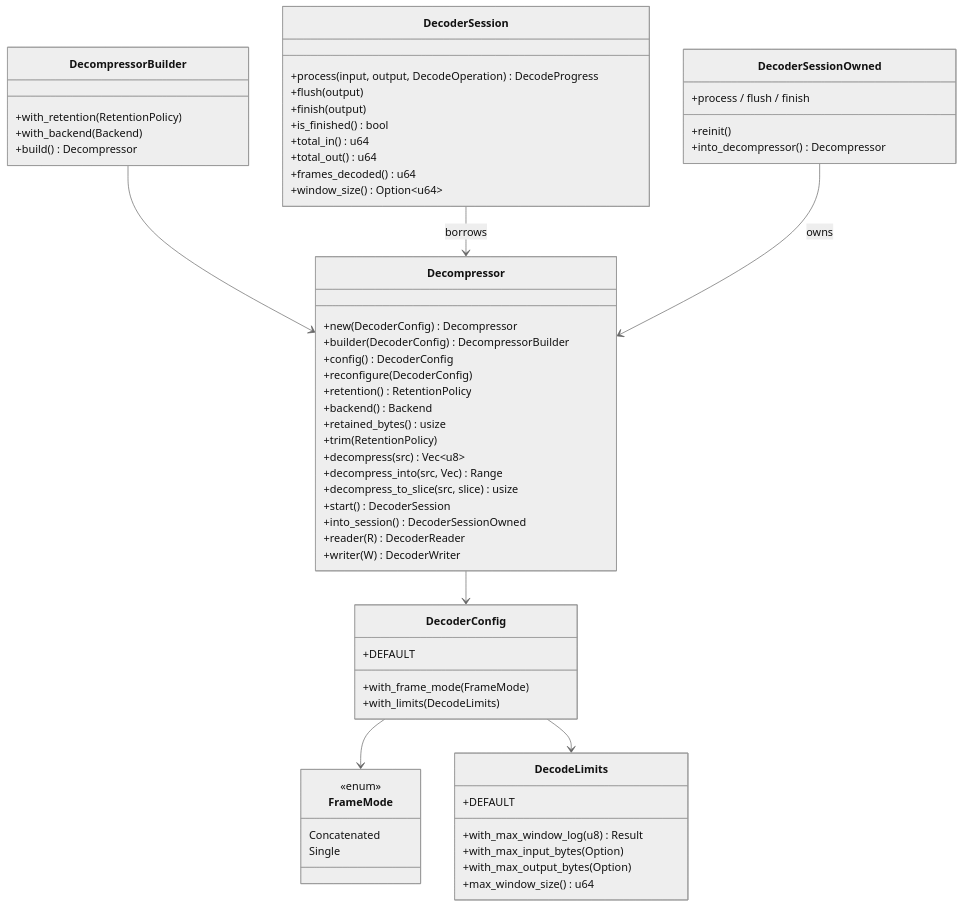
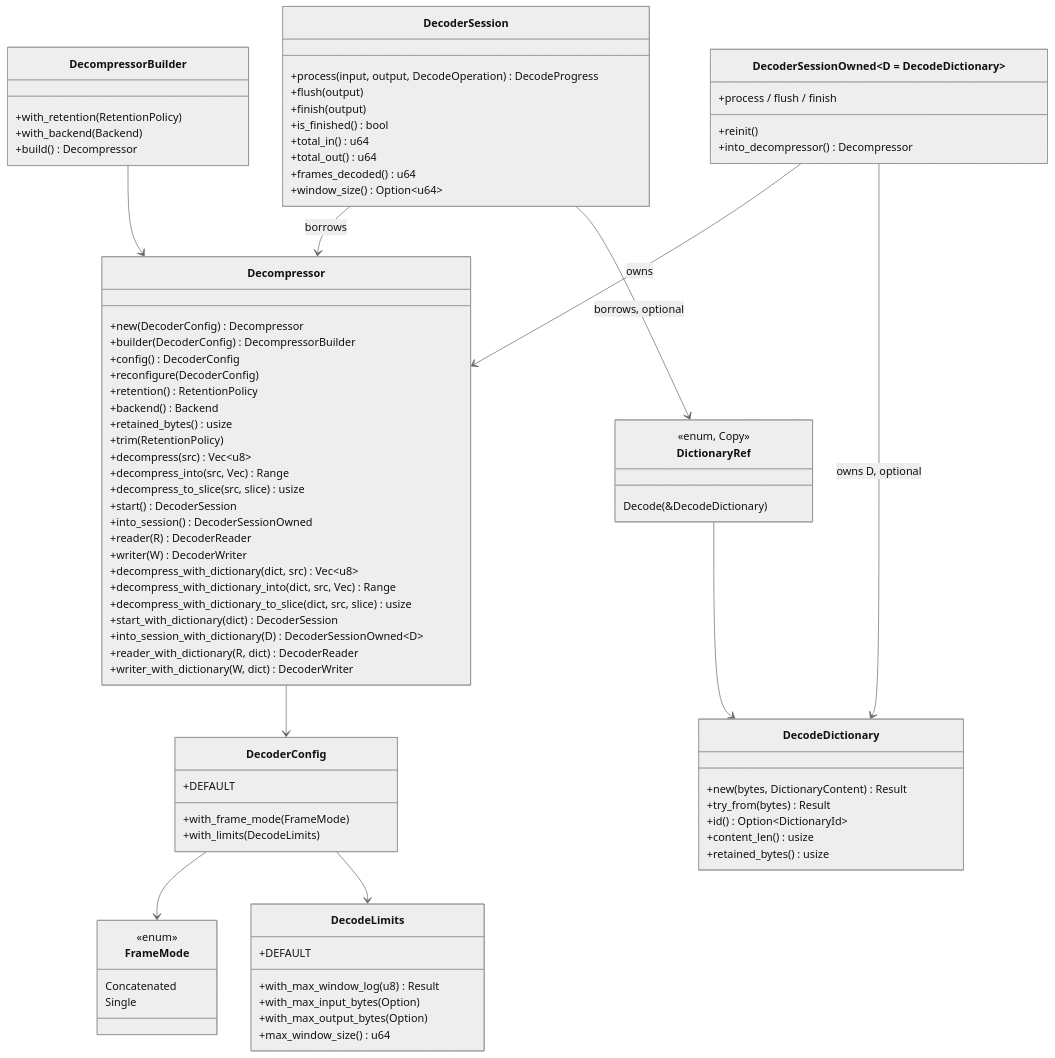
The second of 9 diagrams in architecture/decompressor.md (M-Compressors/mzstd), drawn with Mermaid (neutral theme) before and after one commit. The commit also changed other lines of this file and 106 other files, not shown here.

````diff
--- a/architecture/decompressor.md
+++ b/architecture/decompressor.md
@@ -74,6 +78,24 @@
         +into_session() DecoderSessionOwned
         +reader(R) DecoderReader
         +writer(W) DecoderWriter
+        +decompress_with_dictionary(dict, src) Vec~u8~
+        +decompress_with_dictionary_into(dict, src, Vec) Range
+        +decompress_with_dictionary_to_slice(dict, src, slice) usize
+        +start_with_dictionary(dict) DecoderSession
+        +into_session_with_dictionary(D) DecoderSessionOwned~D~
+        +reader_with_dictionary(R, dict) DecoderReader
+        +writer_with_dictionary(W, dict) DecoderWriter
+    }
+    class DecodeDictionary {
+        +new(bytes, DictionaryContent) Result
+        +try_from(bytes) Result
+        +id() Option~DictionaryId~
+        +content_len() usize
+        +retained_bytes() usize
+    }
+    class DictionaryRef {
+        <<enum, Copy>>
+        Decode(&DecodeDictionary)
     }
     class DecompressorBuilder {
         +with_retention(RetentionPolicy)
@@ -107,7 +129,7 @@
         +frames_decoded() u64
         +window_size() Option~u64~
     }
-    class DecoderSessionOwned {
+    class DecoderSessionOwned~D = DecodeDictionary~ {
         +process / flush / finish
         +reinit()
         +into_decompressor() Decompressor
@@ -117,5 +139,8 @@
     DecoderConfig --> DecodeLimits
     DecompressorBuilder --> Decompressor
     DecoderSession --> Decompressor : borrows
+    DecoderSession --> DictionaryRef : borrows, optional
     DecoderSessionOwned --> Decompressor : owns
+    DecoderSessionOwned --> DecodeDictionary : owns D, optional
+    DictionaryRef --> DecodeDictionary
 ```
````
